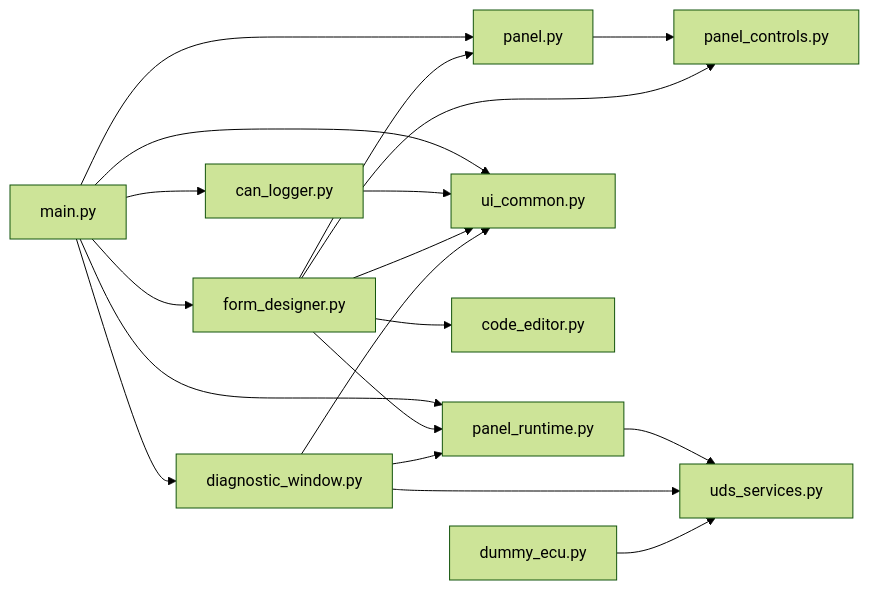
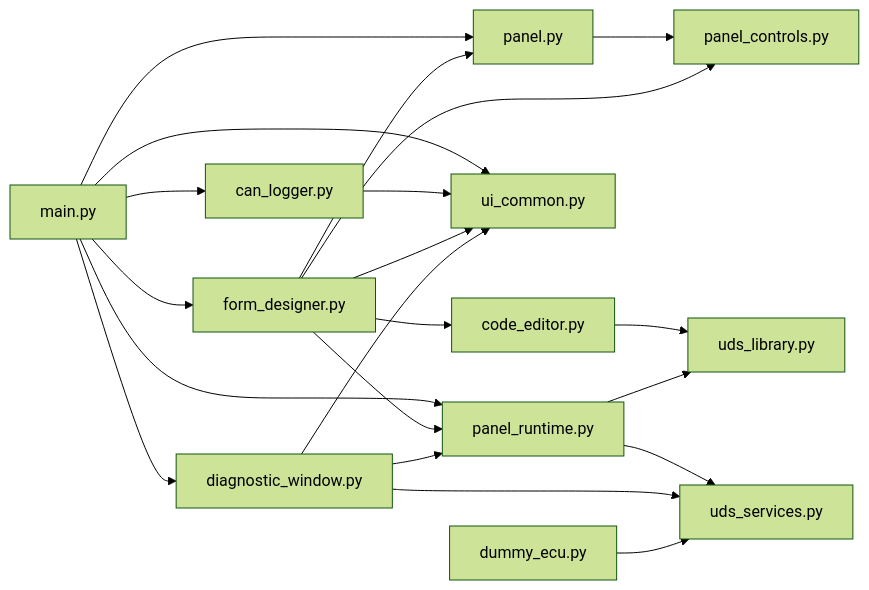
The first of 4 diagrams in DOCUMENTATION.md (HyperFluxQc/CanExpert), drawn with Mermaid (forest theme) before and after one commit. The commit also changed other lines of this file and 25 other files, not shown here.

````diff
--- a/DOCUMENTATION.md
+++ b/DOCUMENTATION.md
@@ -21,22 +21,24 @@
 ```mermaid
 flowchart LR
     main["main.py"]
     main --> panel["panel.py"]
     main --> panel_runtime["panel_runtime.py"]
     main --> form_designer["form_designer.py"]
     main --> can_logger["can_logger.py"]
     main --> diagnostic_window["diagnostic_window.py"]
     main --> ui_common["ui_common.py"]
     form_designer --> panel
     form_designer --> panel_runtime
     form_designer --> code_editor["code_editor.py"]
+    code_editor --> uds_library["uds_library.py"]
+    panel_runtime --> uds_library
     panel --> panel_controls["panel_controls.py"]
     form_designer --> panel_controls
     panel_runtime --> uds_services["uds_services.py"]
     diagnostic_window --> panel_runtime
     diagnostic_window --> uds_services
     can_logger --> ui_common
     form_designer --> ui_common
     diagnostic_window --> ui_common
     dummy_ecu["dummy_ecu.py"] --> uds_services
 ```
````
